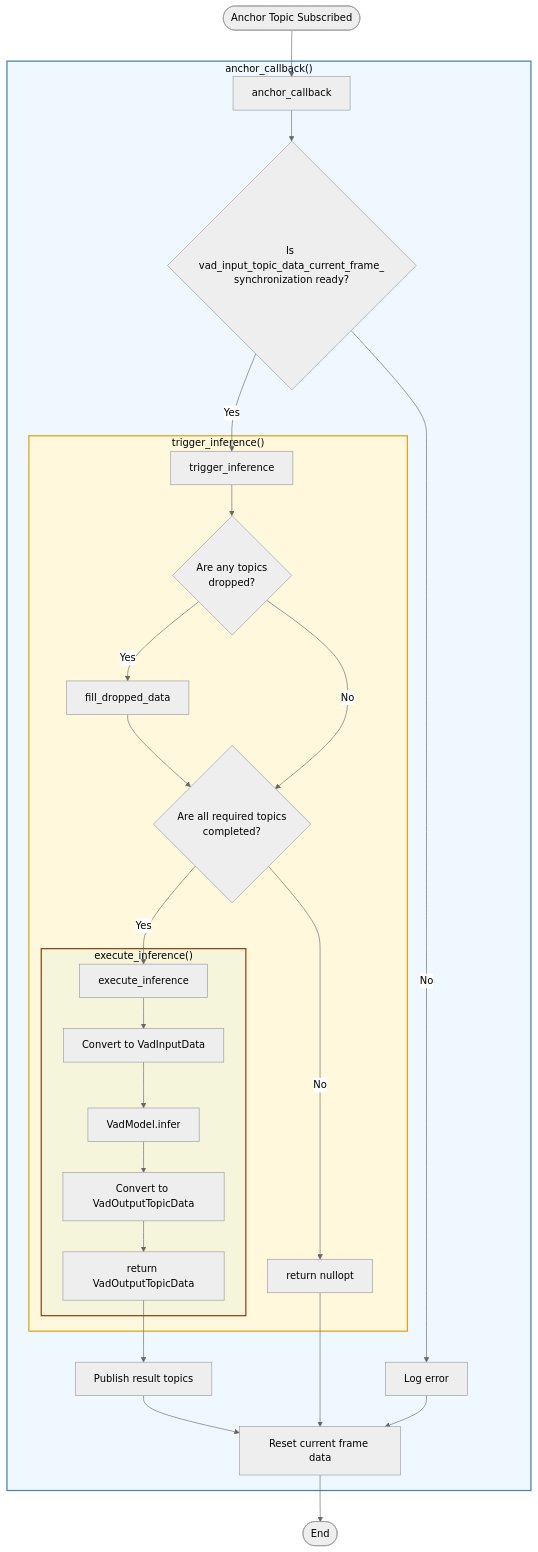
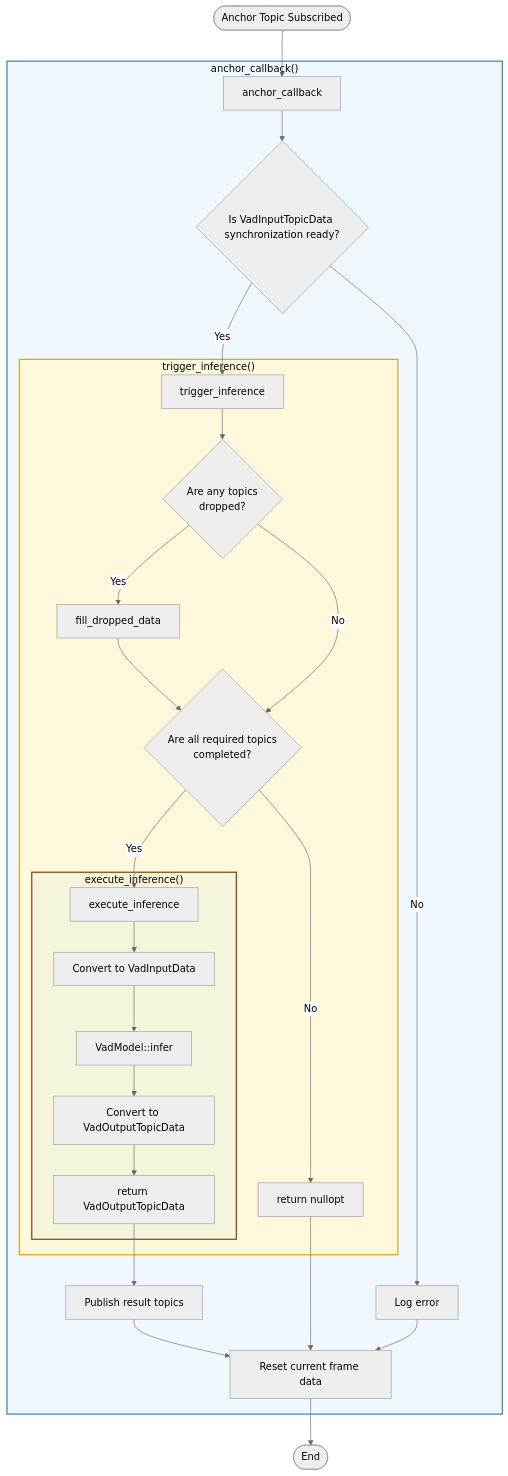
The diagram in planning/autoware_tensorrt_vad/docs/design_vad_node.md (isseitzk/autoware_universe), drawn with Mermaid (neutral theme) before and after one commit. The commit also changed other lines of this file, not shown here.

Commit message:
docs(autoware_tensorrt_vad): add document about the functions in VadNode

````diff
--- a/planning/autoware_tensorrt_vad/docs/design_vad_node.md
+++ b/planning/autoware_tensorrt_vad/docs/design_vad_node.md
@@ -11,41 +11,47 @@
 ```mermaid
 flowchart TD
     Start([Anchor Topic Subscribed]) --> AnchorCallback[anchor_callback]
     
     subgraph AnchorCallbackScope["anchor_callback()"]
-        AnchorCallback --> CheckReady{Is vad_input_topic_data_current_frame_<br/>synchronization ready?}
+        AnchorCallback --> CheckReady{Is VadInputTopicData synchronization ready?}
         
         CheckReady -->|Yes| TriggerInferenceEntry[trigger_inference]
         CheckReady -->|No| ErrorLog[Log error]
         
         subgraph TriggerInferenceScope["trigger_inference()"]
             TriggerInferenceEntry --> CheckDropped{Are any topics<br/>dropped?}
             
             CheckDropped -->|Yes| FillDropped[fill_dropped_data]
             CheckDropped -->|No| CheckComplete{Are all required topics<br/>completed?}
             
             FillDropped --> CheckComplete
             
             CheckComplete -->|Yes| ExecuteInferenceEntry[execute_inference]
             CheckComplete -->|No| ReturnNull[return nullopt]
             
             subgraph ExecuteInferenceScope["execute_inference()"]
                 ExecuteInferenceEntry --> ConvertInput[Convert to VadInputData]
-                ConvertInput --> VadModelInfer[VadModel.infer]
+                ConvertInput --> VadModelInfer[VadModel::infer]
                 VadModelInfer --> ConvertOutput[Convert to VadOutputTopicData]
                 ConvertOutput --> GetOutput[return VadOutputTopicData]
             end
         end
         
         GetOutput --> Publish[Publish result topics]
         Publish --> Reset[Reset current frame data]
         ErrorLog --> Reset
         ReturnNull --> Reset
     end
     
     Reset --> End([End])
     
+    %% Links to source code
+    click AnchorCallback "../src/vad_node.cpp" "anchor_callback() implementation"
+    click TriggerInferenceEntry "../src/vad_node.cpp" "trigger_inference() implementation"
+    click ExecuteInferenceEntry "../src/vad_node.cpp" "execute_inference() implementation"
+    click Publish "../src/vad_node.cpp" "publish() implementation"
+    
     style AnchorCallbackScope fill:#f0f8ff,stroke:#4682b4,stroke-width:2px,color:#000000
     style TriggerInferenceScope fill:#fff8dc,stroke:#daa520,stroke-width:2px,color:#000000
     style ExecuteInferenceScope fill:#f5f5dc,stroke:#8b4513,stroke-width:2px,color:#000000
 ```
````
